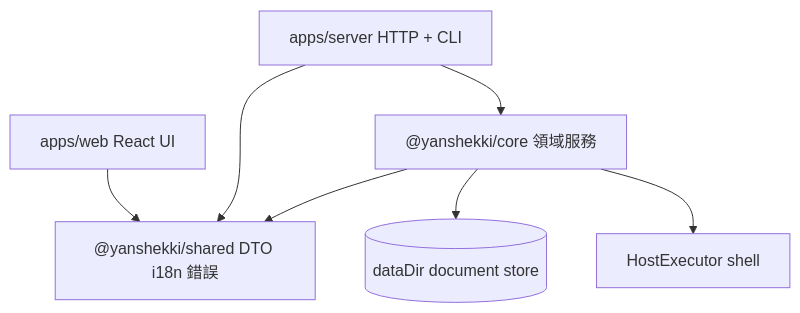
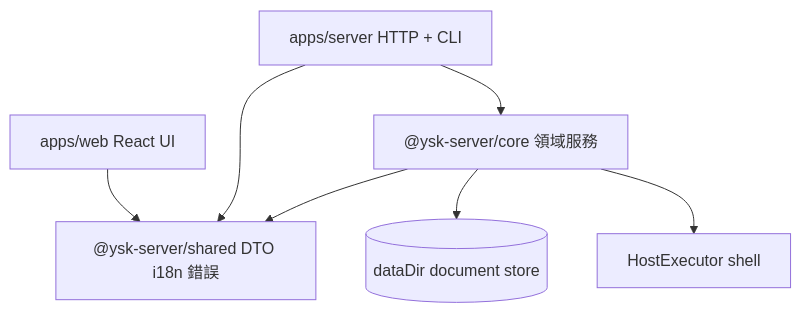
Before and after one commit to yanshekki/ysk-server: the diagram in docs/architecture/overview-ZH.md, drawn with Mermaid. The commit also changed other lines of this file and 604 other files, not shown here.

First line of the commit message:
refactor: rename workspace scope to @ysk-server/*

````diff
--- a/docs/architecture/overview-ZH.md
+++ b/docs/architecture/overview-ZH.md
@@ -14,16 +14,16 @@
 ```mermaid
 flowchart TB
   Web[apps/web React UI]
   Server[apps/server HTTP + CLI]
-  Shared["@yanshekki/shared DTO i18n 錯誤"]
-  Core["@yanshekki/core 領域服務"]
+  Shared["@ysk-server/shared DTO i18n 錯誤"]
+  Core["@ysk-server/core 領域服務"]
   Store[(dataDir document store)]
   Host[HostExecutor shell]
 
   Web --> Shared
   Server --> Shared
   Server --> Core
   Core --> Shared
   Core --> Store
   Core --> Host
 ```
````
